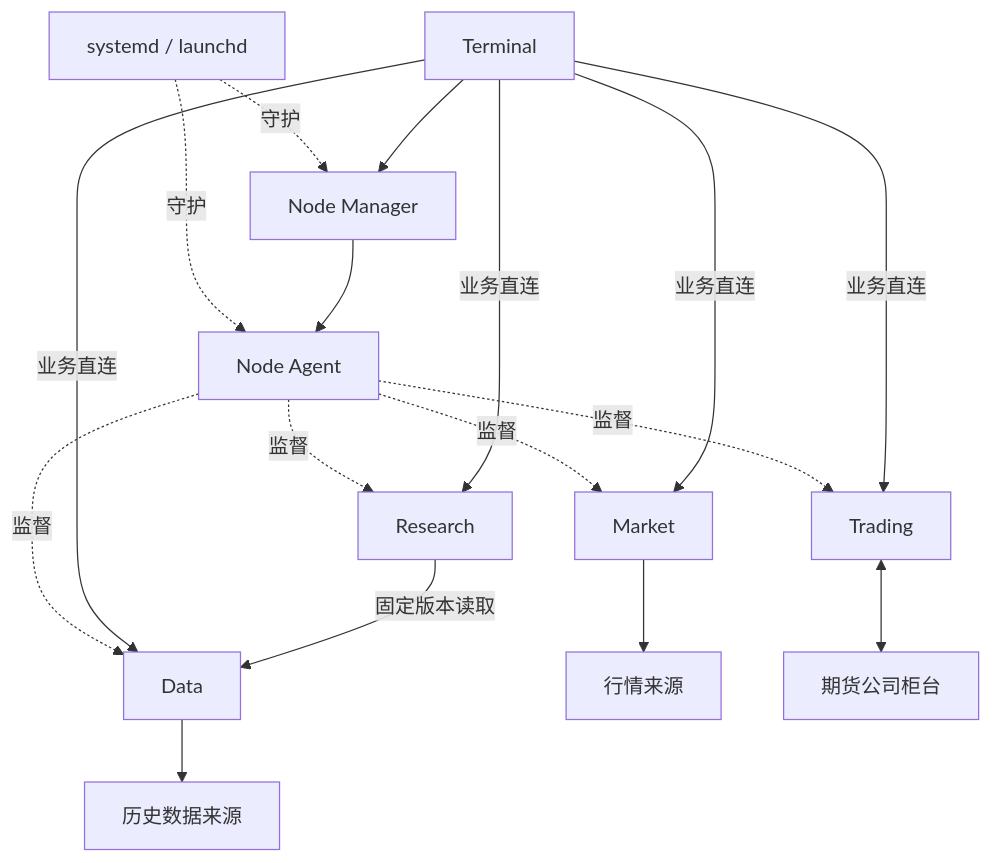
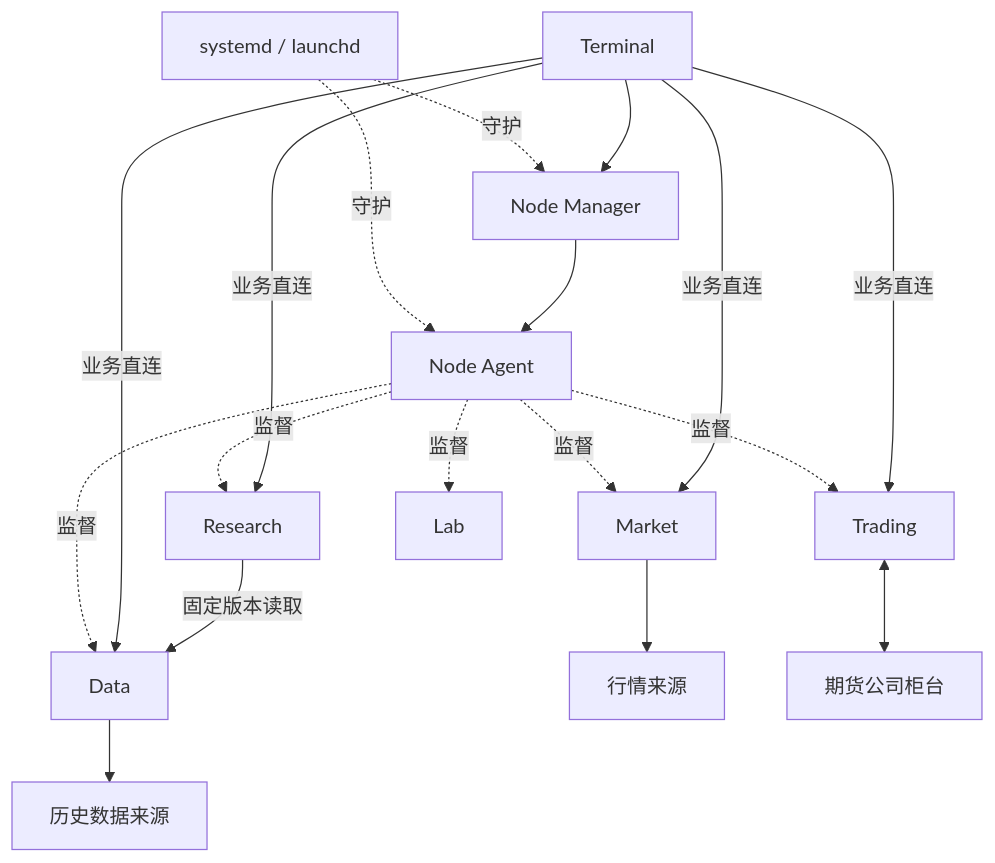
One commit to isqiwen/asterion-terminal changed the second of 2 diagrams in docs/architecture.md. Above: the diagram before and after it, drawn with Mermaid. The commit also changed other lines of this file and 30 other files, not shown here.

First line of the commit message:
M1.2: a Python research service supervised by the local Agent

````diff
--- a/docs/architecture.md
+++ b/docs/architecture.md
@@ -42,13 +42,13 @@
 ```mermaid
 flowchart TB
   OS[systemd / launchd] -.守护.-> Manager[Node Manager]
   OS -.守护.-> Agent[Node Agent]
   Terminal --> Manager
   Manager --> Agent
-  Agent -.监督.-> Market & Data & Research & Trading
+  Agent -.监督.-> Market & Data & Research & Trading & Lab
   Terminal -->|业务直连| Market & Data & Research & Trading
   Research -->|固定版本读取| Data
   Market --> Provider[行情来源]
   Data --> Provider2[历史数据来源]
   Trading <--> Broker[期货公司柜台]
 ```
````
